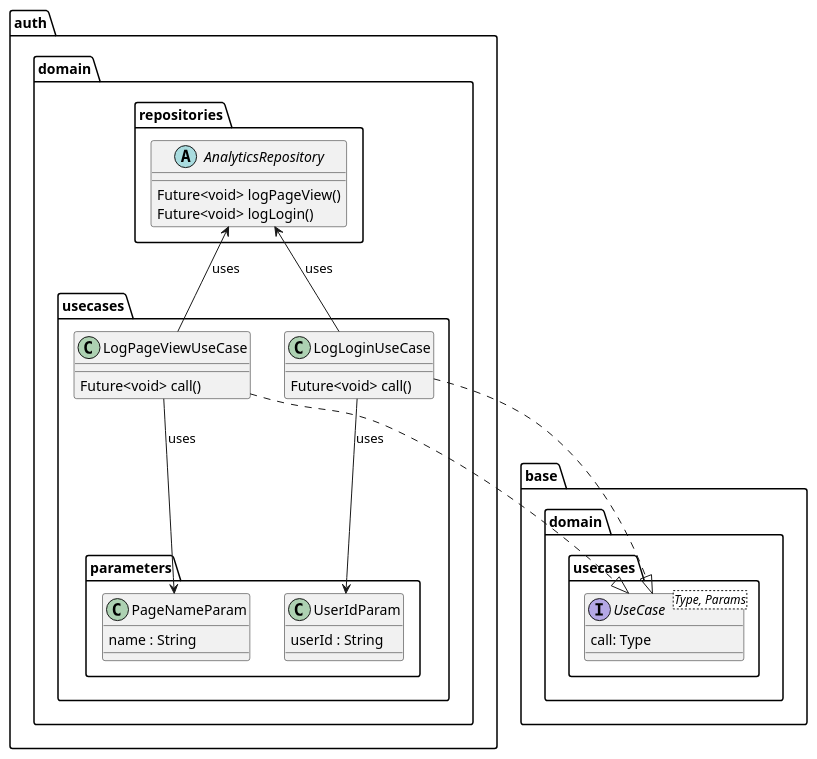
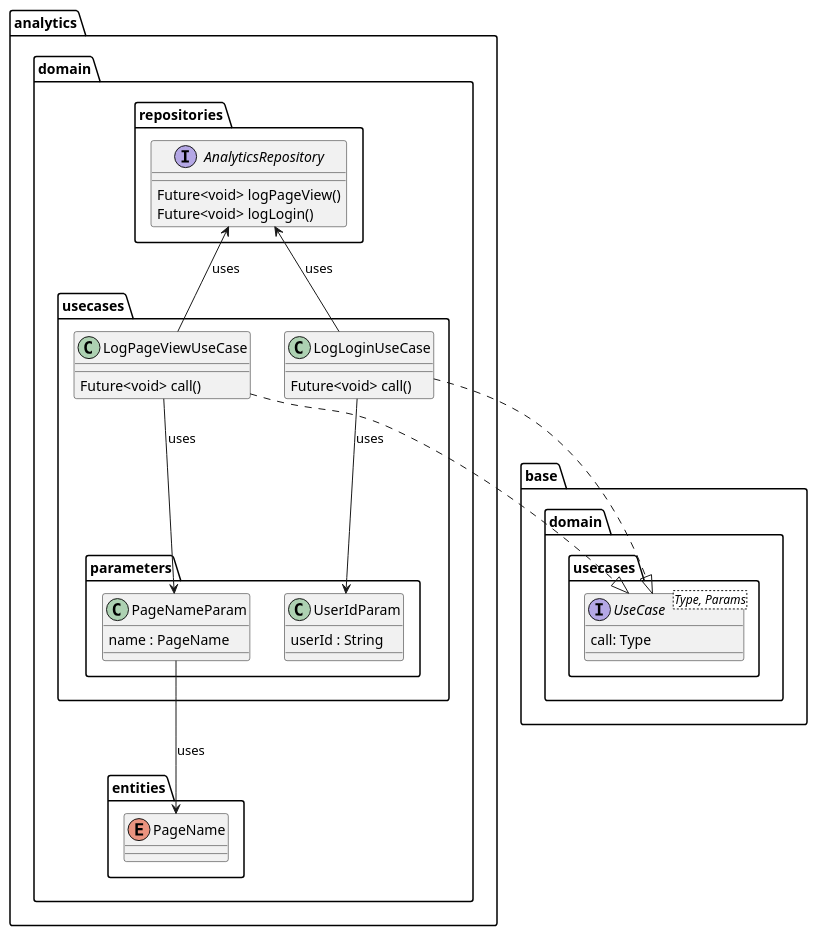
Before and after one commit to Flank/flank-dashboard: the diagram in metrics/web/docs/features/firebase_analytics/diagrams/firebase_analytics_domain_class.puml, drawn with PlantUML. The commit also changed 4 other files, not shown here.

```diff
--- a/metrics/web/docs/features/firebase_analytics/diagrams/firebase_analytics_domain_class.puml
+++ b/metrics/web/docs/features/firebase_analytics/diagrams/firebase_analytics_domain_class.puml
@@ -1,42 +1,47 @@
 @startuml
 package base.domain.usecases {
     interface UseCase<Type, Params> {
         call: Type
     }
 }
 
-package auth.domain {
+package analytics.domain {
     package repositories {
-        abstract class AnalyticsRepository {
+        interface AnalyticsRepository {
             Future<void> logPageView()
             Future<void> logLogin()
         }
     }
     package usecases {
         package parameters {
             class UserIdParam {
                 userId : String
             }
 
             class PageNameParam {
-                name : String
+                name : PageName
             }
         }
 
         class LogPageViewUseCase {
             Future<void> call()
         }
 
         class LogLoginUseCase {
             Future<void> call()
         }
     }
+
+    package entities{
+        enum PageName {}
+    }
 }
 
 LogPageViewUseCase ..|> UseCase
 LogLoginUseCase ..|> UseCase
 LogLoginUseCase --> UserIdParam : uses
 LogPageViewUseCase --> PageNameParam : uses
 LogPageViewUseCase -up-> AnalyticsRepository : uses
 LogLoginUseCase -up-> AnalyticsRepository : uses
+PageNameParam --> PageName : uses
 @enduml
```
